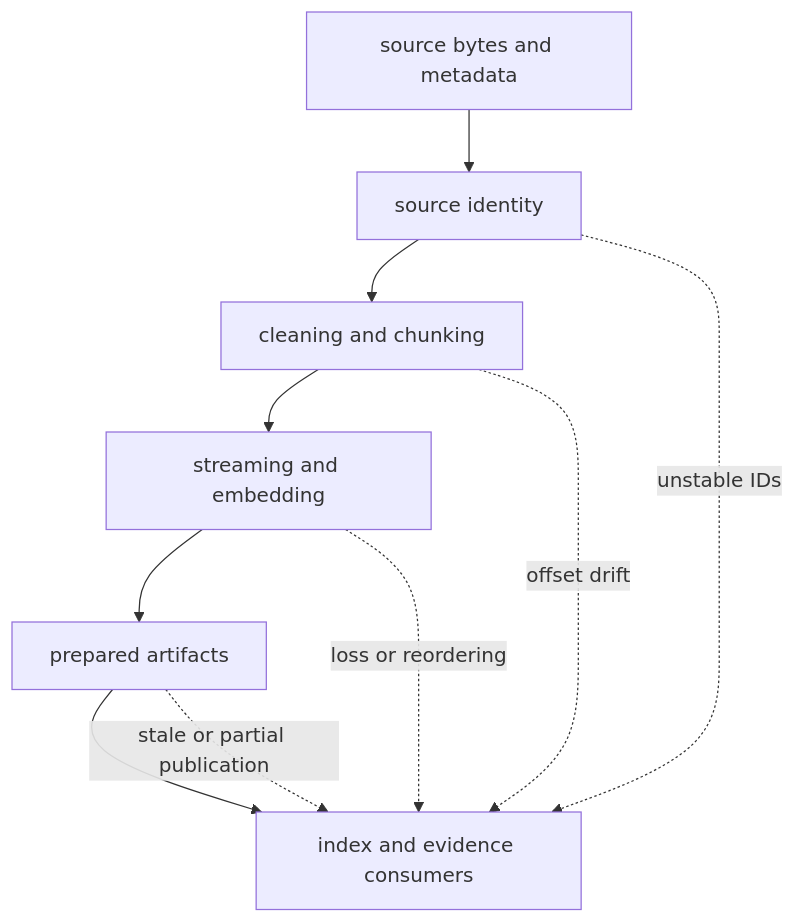
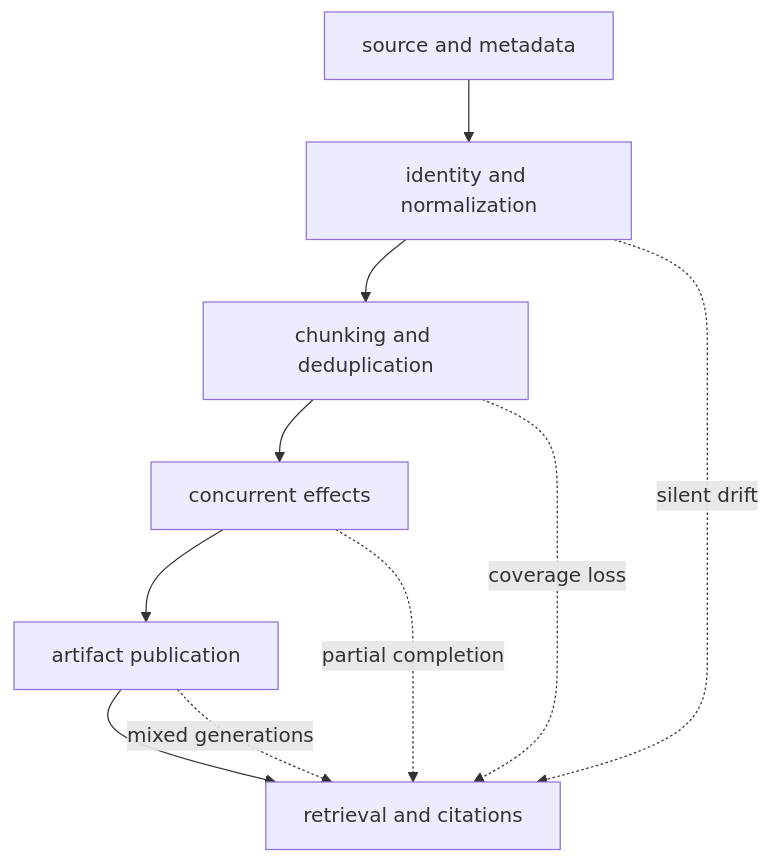
The first of 2 diagrams in docs/02-bijux-canon-ingest/quality/risk-register.md (bijux/bijux-canon), drawn with Mermaid before and after one commit. The commit also changed other lines of this file and 1 other file, not shown here.

````diff
--- a/docs/02-bijux-canon-ingest/quality/risk-register.md
+++ b/docs/02-bijux-canon-ingest/quality/risk-register.md
@@ -20,15 +19,15 @@
 ```mermaid
 flowchart TD
-    input["source bytes and metadata"]
-    identity["source identity"]
-    transform["cleaning and chunking"]
-    execution["streaming and embedding"]
-    artifact["prepared artifacts"]
-    consumer["index and evidence consumers"]
+    source["source and metadata"]
+    identity["identity and normalization"]
+    partition["chunking and deduplication"]
+    effects["concurrent effects"]
+    publication["artifact publication"]
+    evidence["retrieval and citations"]
 
-    input --> identity --> transform --> execution --> artifact --> consumer
-    identity -. "unstable IDs" .-> consumer
-    transform -. "offset drift" .-> consumer
-    execution -. "loss or reordering" .-> consumer
-    artifact -. "stale or partial publication" .-> consumer
+    source --> identity --> partition --> effects --> publication --> evidence
+    identity -. "silent drift" .-> evidence
+    partition -. "coverage loss" .-> evidence
+    effects -. "partial completion" .-> evidence
+    publication -. "mixed generations" .-> evidence
 ```
````
